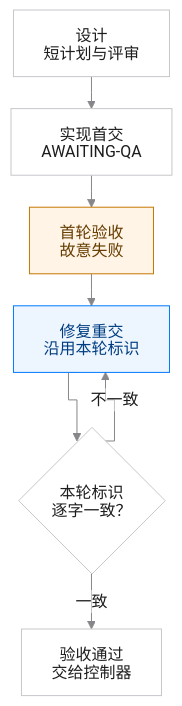
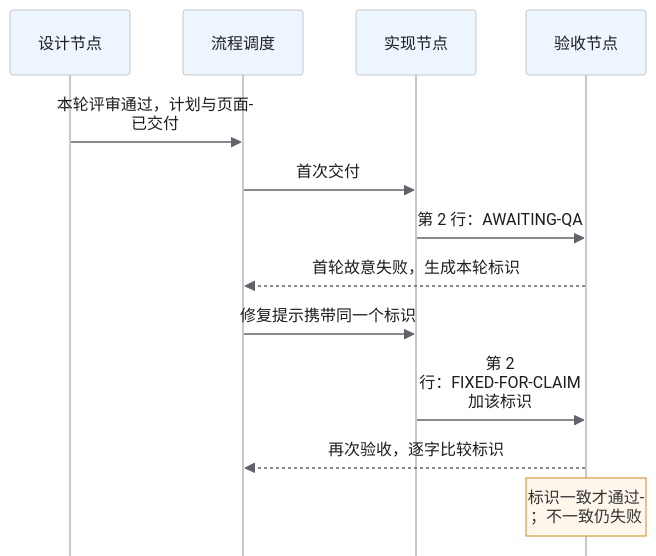
The diagram in engineering/doc/FLY-3227-real-runner-drill/core-flow.mmd (xrliAnnie/flywheel-qa-sandbox), drawn with Mermaid before and after one commit. The commit also changed 4 other files, not shown here.

```diff
--- a/engineering/doc/FLY-3227-real-runner-drill/core-flow.mmd
+++ b/engineering/doc/FLY-3227-real-runner-drill/core-flow.mmd
@@ -1,12 +1,14 @@
-%%{init: {"theme": "base", "htmlLabels": false, "themeVariables": {"fontFamily": "-apple-system, BlinkMacSystemFont, PingFang SC, sans-serif", "fontSize": "16px", "primaryColor": "#ffffff", "primaryTextColor": "#1d1d1f", "primaryBorderColor": "#c7c7cc", "lineColor": "#86868b", "background": "#ffffff"}, "flowchart": {"htmlLabels": false, "curve": "stepAfter", "nodeSpacing": 24, "rankSpacing": 32}}}%%
-flowchart TB
-    D["设计<br/>短计划与评审"] --> I["实现首交<br/>AWAITING-QA"]
-    I --> Q["首轮验收<br/>故意失败"]
-    Q --> F["修复重交<br/>沿用本轮标识"]
-    F --> R{"本轮标识<br/>逐字一致？"}
-    R -->|一致| G["验收通过<br/>交给控制器"]
-    R -->|不一致| F
-    classDef expected fill:#fff4e5,stroke:#c77700,color:#663c00;
-    classDef repair fill:#edf5ff,stroke:#007aff,color:#003d80;
-    class Q expected;
-    class F repair;
+%%{init: {"theme": "base", "htmlLabels": false, "themeVariables": {"fontFamily": "-apple-system, BlinkMacSystemFont, PingFang SC, sans-serif", "fontSize": "16px", "primaryColor": "#ffffff", "primaryTextColor": "#1d1d1f", "primaryBorderColor": "#c7c7cc", "lineColor": "#86868b", "actorBkg": "#edf5ff", "actorBorder": "#c7c7cc", "actorTextColor": "#1d1d1f", "signalColor": "#62626a", "noteBkgColor": "#fff7eb", "noteBorderColor": "#cf8a20"}, "sequence": {"mirrorActors": false, "useMaxWidth": true, "width": 120, "actorMargin": 36, "messageMargin": 40, "wrap": true}}}%%
+sequenceDiagram
+    participant D as 设计节点
+    participant C as 流程调度
+    participant I as 实现节点
+    participant Q as 验收节点
+    D->>C: 本轮评审通过，计划与页面已交付
+    C->>I: 首次交付
+    I->>Q: 第 2 行：AWAITING-QA
+    Q-->>C: 首轮故意失败，生成本轮标识
+    C->>I: 修复提示携带同一个标识
+    I->>Q: 第 2 行：FIXED-FOR-CLAIM 加该标识
+    Q-->>C: 再次验收，逐字比较标识
+    Note over Q: 标识一致才通过；不一致仍失败
```
